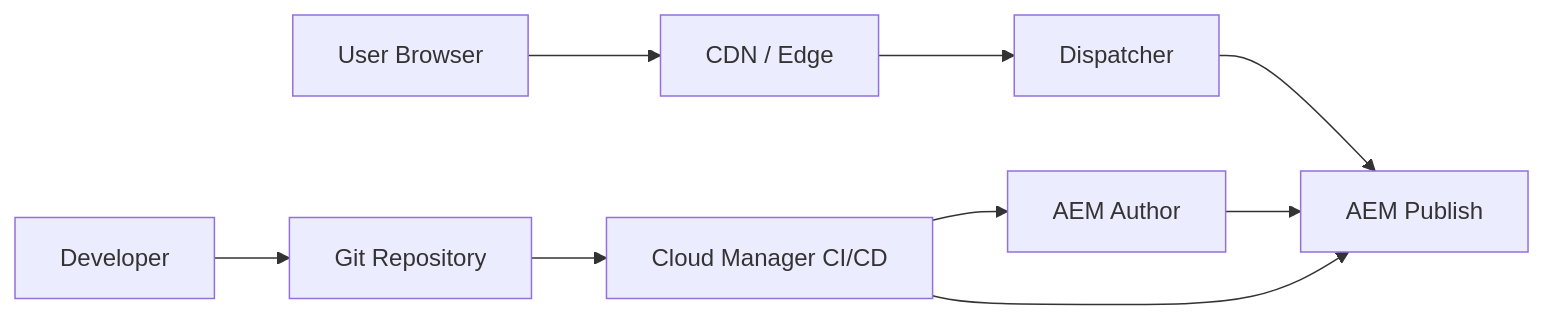
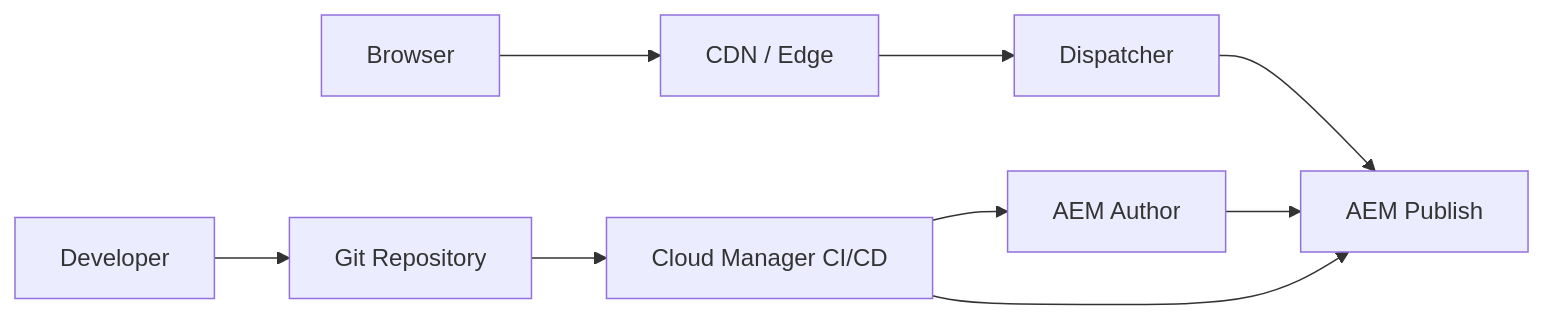
One commit to sumanthkiran91/aem-enterprise-development-showcase changed the diagram in README.md. Above: the diagram before and after it, drawn with Mermaid. The commit also changed other lines of this file and 107 other files, not shown here.

````diff
--- a/README.md
+++ b/README.md
@@ -54,11 +62,11 @@
 ```mermaid
 flowchart LR
-    User[User Browser] --> CDN[CDN / Edge]
+    User[Browser] --> CDN[CDN / Edge]
     CDN --> Dispatcher[Dispatcher]
     Dispatcher --> Publish[AEM Publish]
     Author[AEM Author] --> Publish
-    Dev[Developer] --> Git[Git Repository]
+    Developer[Developer] --> Git[Git Repository]
     Git --> CloudManager[Cloud Manager CI/CD]
     CloudManager --> Author
     CloudManager --> Publish
 ```
````
